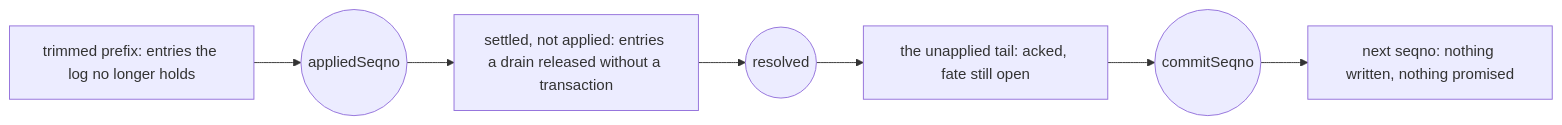
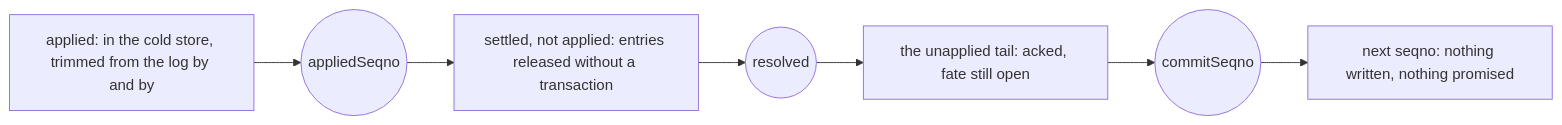
One commit to aromanovich/waltz changed the first of 2 diagrams in docs/handbook/02-concepts-and-invariants.md. Above: the diagram before and after it, drawn with Mermaid. The commit also changed other lines of this file and 187 other files, not shown here.

````diff
--- a/docs/handbook/02-concepts-and-invariants.md
+++ b/docs/handbook/02-concepts-and-invariants.md
@@ -494,16 +61,16 @@
 ```mermaid
 graph LR
-  P["trimmed prefix: entries the log no longer holds"]
+  P["applied: in the cold store, trimmed from the log by and by"]
   A(("appliedSeqno"))
-  S["settled, not applied: entries a drain released without a transaction"]
+  S["settled, not applied: entries released without a transaction"]
   R(("resolved"))
   U["the unapplied tail: acked, fate still open"]
   C(("commitSeqno"))
   N["next seqno: nothing written, nothing promised"]
   P --> A
   A --> S
   S --> R
   R --> U
   U --> C
   C --> N
 ```
````
